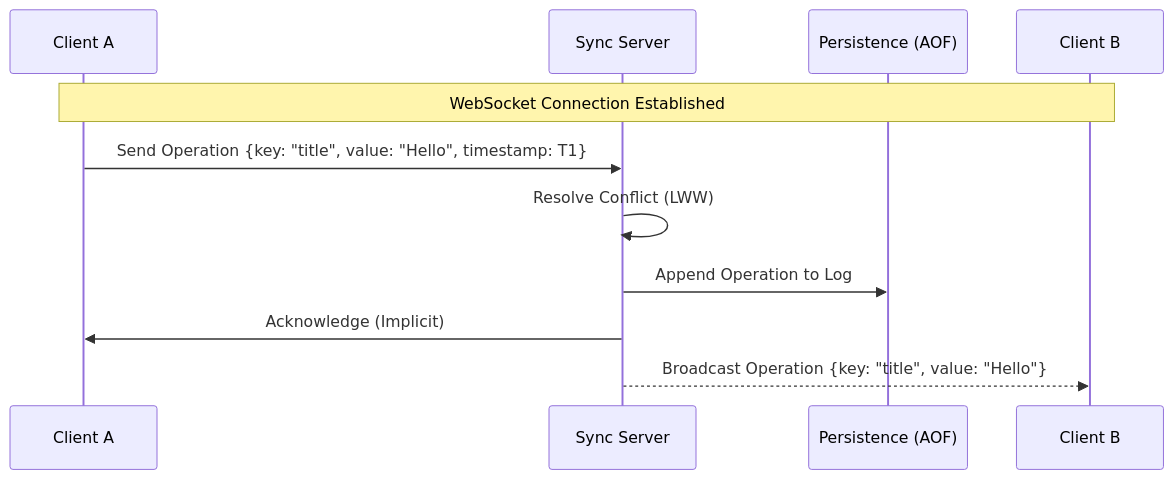
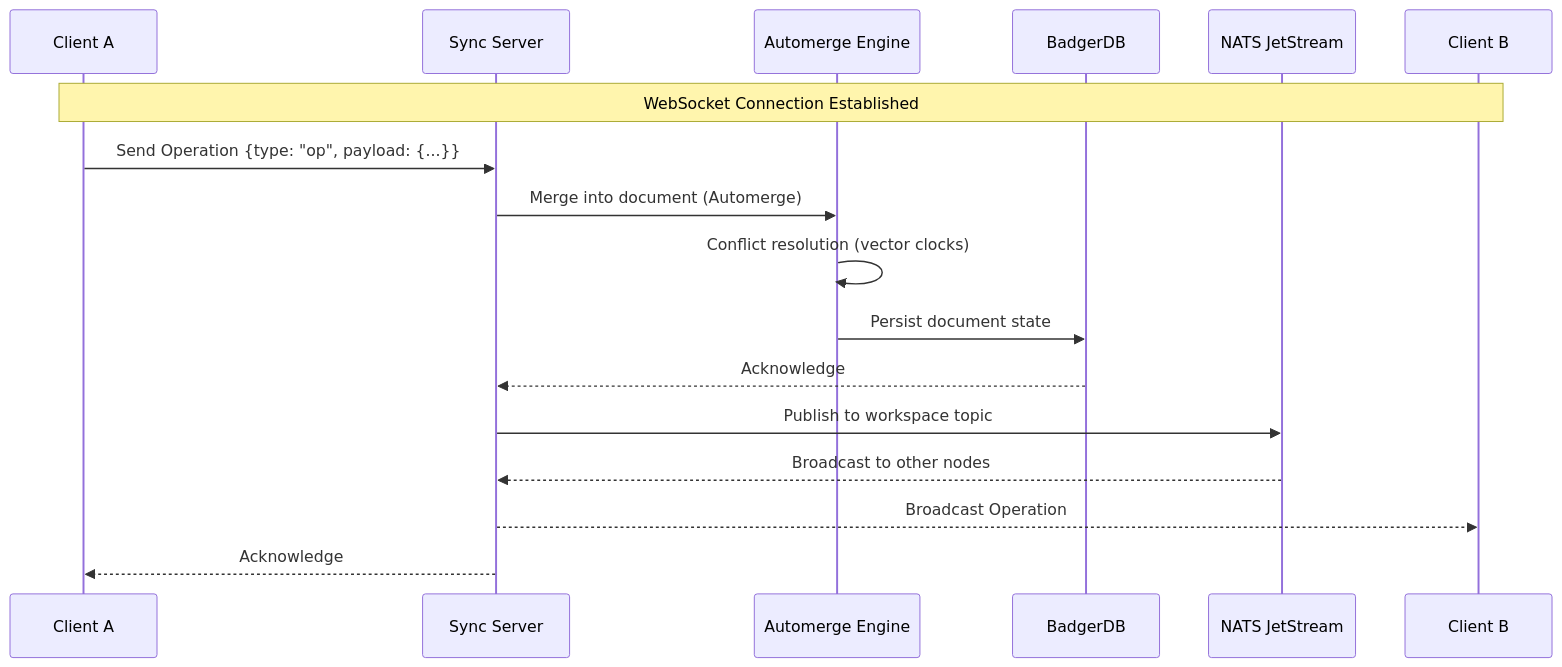
One commit to bneb/etherply changed the second of 3 diagrams in docs/architecture.md. Above: the diagram before and after it, drawn with Mermaid. The commit also changed other lines of this file and 32 other files, not shown here.

````diff
--- a/docs/architecture.md
+++ b/docs/architecture.md
@@ -14,15 +47,21 @@
 ```mermaid
 sequenceDiagram
     participant Client_A as Client A
     participant Server as Sync Server
-    participant Redis as Persistence (AOF)
+    participant CRDT as Automerge Engine
+    participant Store as BadgerDB
+    participant NATS as NATS JetStream
     participant Client_B as Client B
 
     Note over Client_A, Client_B: WebSocket Connection Established
 
-    Client_A->>Server: Send Operation {key: "title", value: "Hello", timestamp: T1}
-    Server->>Server: Resolve Conflict (LWW)
-    Server->>Redis: Append Operation to Log
-    Server->>Client_A: Acknowledge (Implicit)
-    Server-->>Client_B: Broadcast Operation {key: "title", value: "Hello"}
+    Client_A->>Server: Send Operation {type: "op", payload: {...}}
+    Server->>CRDT: Merge into document (Automerge)
+    CRDT->>CRDT: Conflict resolution (vector clocks)
+    CRDT->>Store: Persist document state
+    Store-->>Server: Acknowledge
+    Server->>NATS: Publish to workspace topic
+    NATS-->>Server: Broadcast to other nodes
+    Server-->>Client_B: Broadcast Operation
+    Server-->>Client_A: Acknowledge
 ```
````
